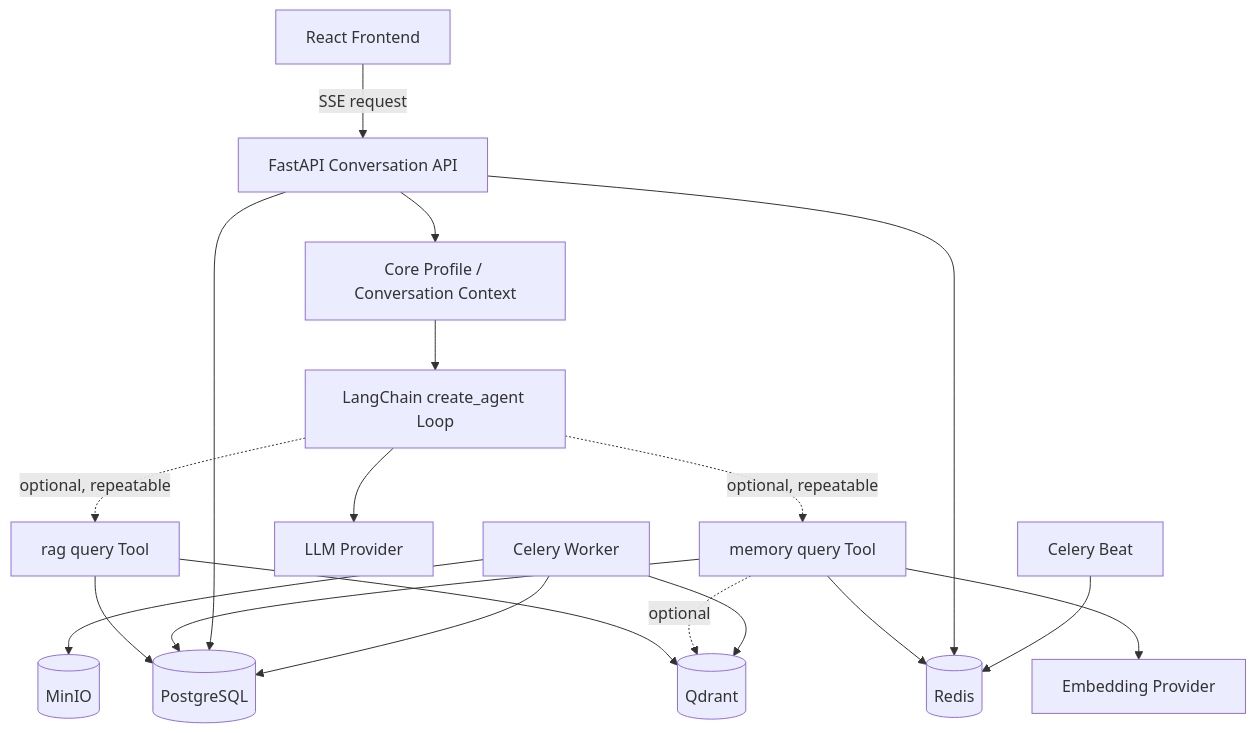
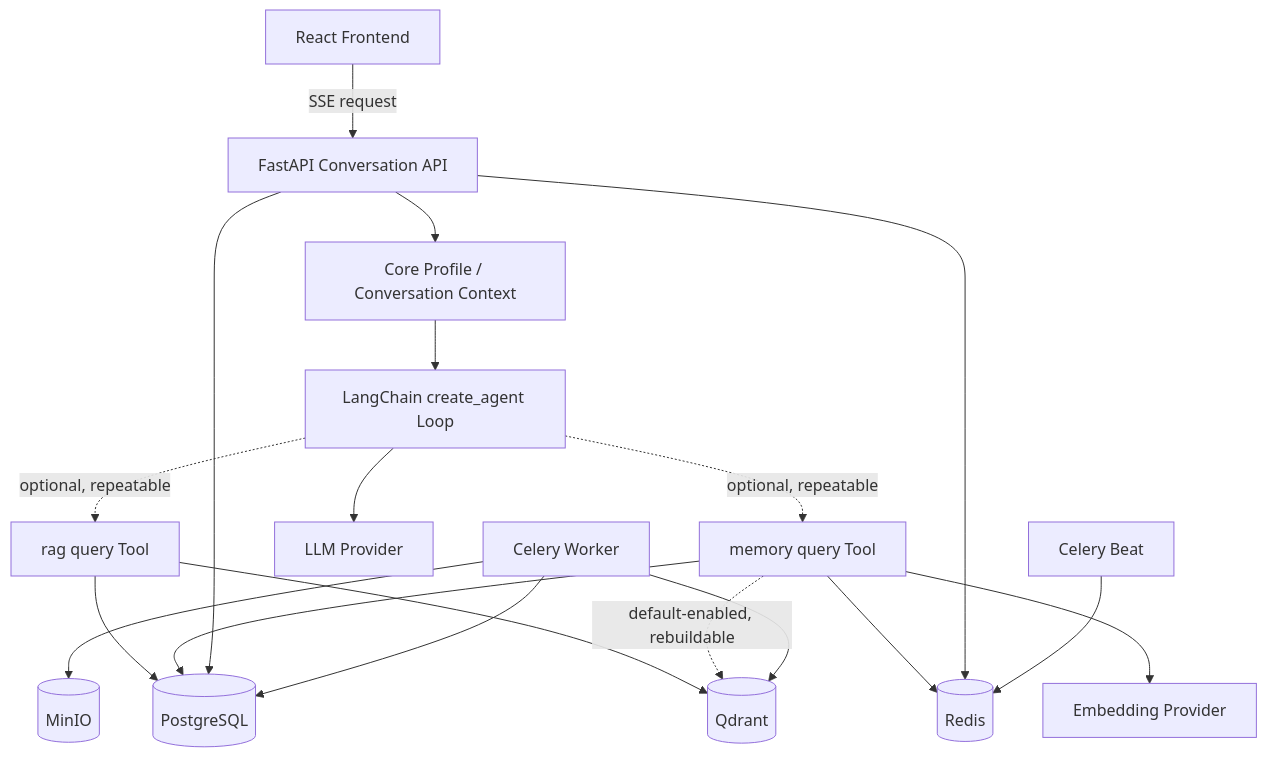
Before and after one commit to ShuoLiu0603/knowledge-work-assistant: the first of 4 diagrams in docs/agent_memory_deep_dive.md, drawn with Mermaid. The commit also changed other lines of this file and 57 other files, not shown here.

````diff
--- a/docs/agent_memory_deep_dive.md
+++ b/docs/agent_memory_deep_dive.md
@@ -32,37 +32,37 @@
 ```mermaid
 flowchart TB
     FE[React Frontend]
     API[FastAPI Conversation API]
     AGENT[LangChain create_agent Loop]
     MEMORY[memory query Tool]
     RAG[rag query Tool]
     CORE[Core Profile / Conversation Context]
 
     PG[(PostgreSQL)]
     REDIS[(Redis)]
     QD[(Qdrant)]
     MINIO[(MinIO)]
     LLM[LLM Provider]
     EMB[Embedding Provider]
     WORKER[Celery Worker]
     BEAT[Celery Beat]
 
     FE -->|SSE request| API
     API --> CORE
     CORE --> AGENT
     AGENT --> LLM
     AGENT -. optional, repeatable .-> MEMORY
     AGENT -. optional, repeatable .-> RAG
     RAG --> QD
     RAG --> PG
     MEMORY --> PG
     MEMORY --> REDIS
     MEMORY --> EMB
-    MEMORY -. optional .-> QD
+    MEMORY -. default-enabled, rebuildable .-> QD
     API --> PG
     API --> REDIS
     WORKER --> PG
     WORKER --> QD
     WORKER --> MINIO
     BEAT --> REDIS
 ```
````
